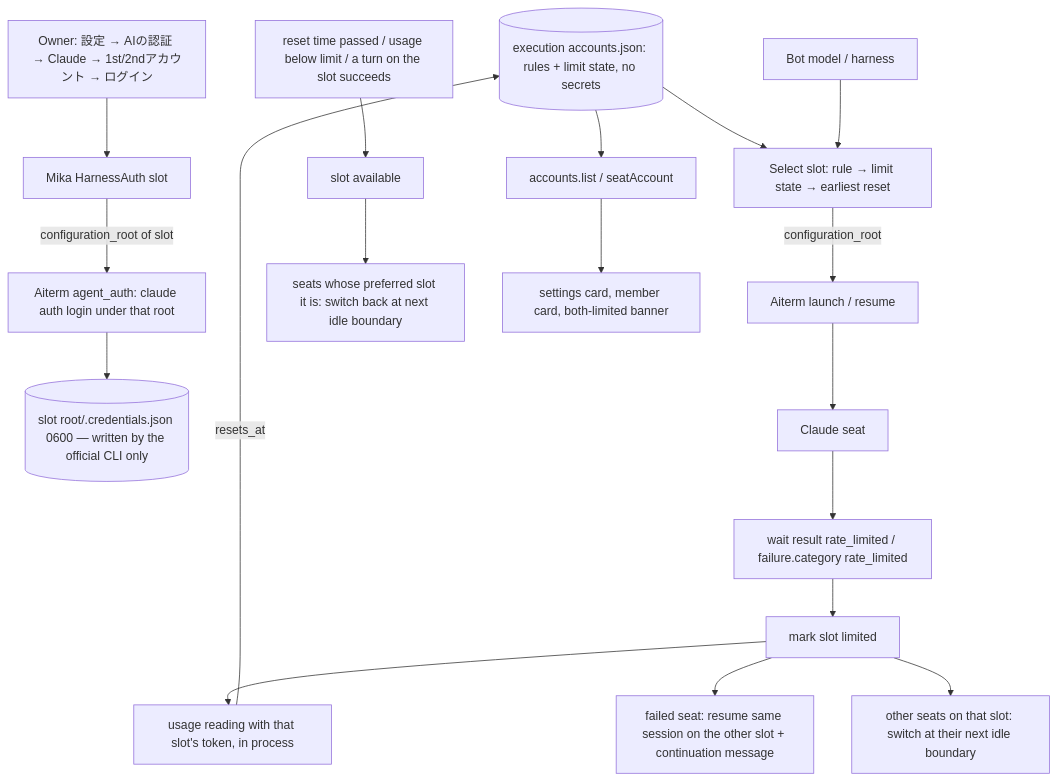
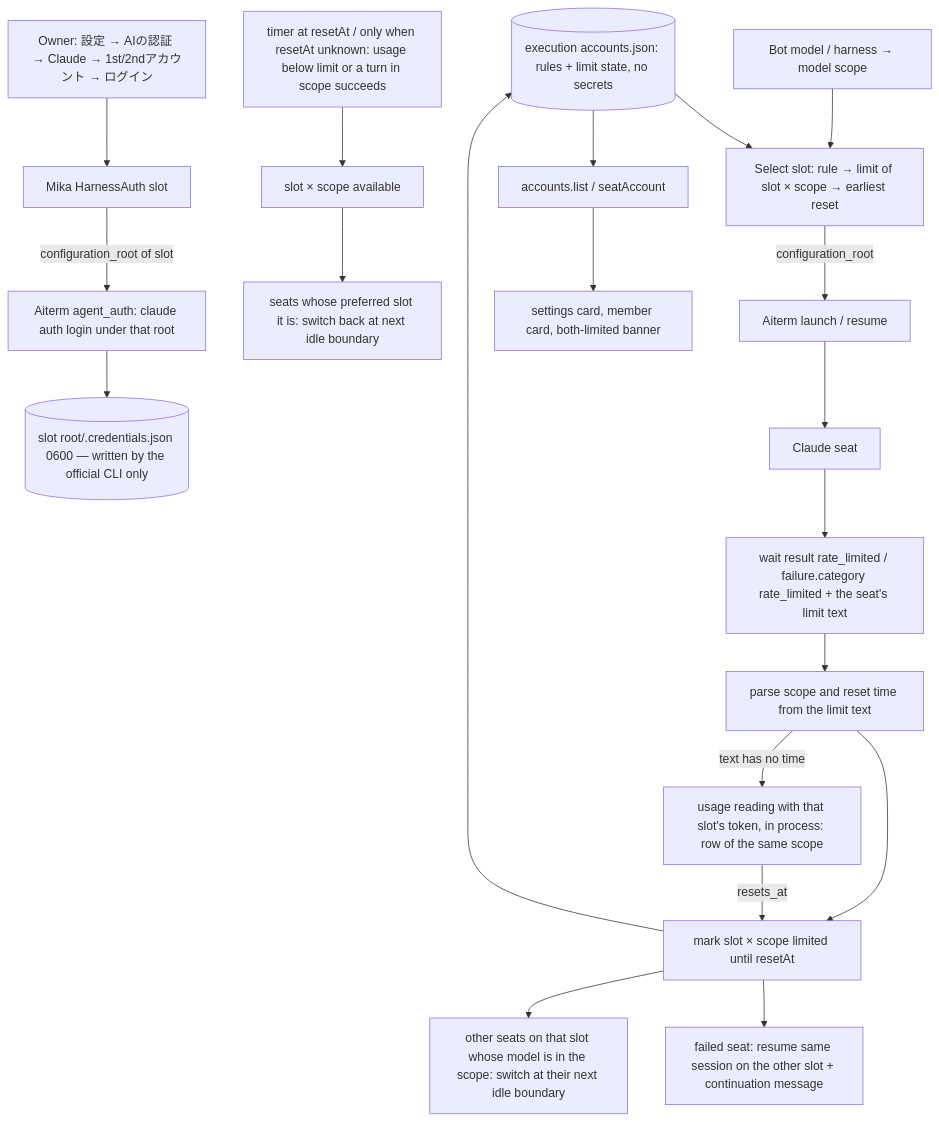
The diagram in docs/architecture/modules/execution/harness-accounts.md (kitepon/BellTeam), drawn with Mermaid before and after one commit. The commit also changed other lines of this file, not shown here.

First line of the commit message:
docs(execution): account limits per slot and model scope, reset time from the limit text

````diff
--- a/docs/architecture/modules/execution/harness-accounts.md
+++ b/docs/architecture/modules/execution/harness-accounts.md
@@ -26,19 +26,21 @@
 ```mermaid
 flowchart TD
   Owner[Owner: 設定 → AIの認証 → Claude → 1st/2ndアカウント → ログイン] --> Auth[Mika HarnessAuth slot]
   Auth -->|configuration_root of slot| AitermAuth[Aiterm agent_auth: claude auth login under that root]
   AitermAuth --> Cred[(slot root/.credentials.json 0600 — written by the official CLI only)]
   Registry[(execution accounts.json: rules + limit state, no secrets)] --> Select
-  Bot[Bot model / harness] --> Select[Select slot: rule → limit state → earliest reset]
+  Bot[Bot model / harness → model scope] --> Select[Select slot: rule → limit of slot × scope → earliest reset]
   Select -->|configuration_root| Launch[Aiterm launch / resume]
   Launch --> Seat[Claude seat]
-  Seat --> Wait[wait result rate_limited / failure.category rate_limited]
-  Wait --> Mark[mark slot limited]
-  Mark --> Usage[usage reading with that slot's token, in process]
-  Usage -->|resets_at| Registry
+  Seat --> Wait[wait result rate_limited / failure.category rate_limited + the seat's limit text]
+  Wait --> Parse[parse scope and reset time from the limit text]
+  Parse --> Mark[mark slot × scope limited until resetAt]
+  Parse -->|text has no time| Usage[usage reading with that slot's token, in process: row of the same scope]
+  Usage -->|resets_at| Mark
+  Mark --> Registry
   Mark --> Failover[failed seat: resume same session on the other slot + continuation message]
-  Mark --> Idle[other seats on that slot: switch at their next idle boundary]
-  Clock[reset time passed / usage below limit / a turn on the slot succeeds] --> Return[slot available]
+  Mark --> Idle[other seats on that slot whose model is in the scope: switch at their next idle boundary]
+  Clock[timer at resetAt / only when resetAt unknown: usage below limit or a turn in scope succeeds] --> Return[slot × scope available]
   Return --> Back[seats whose preferred slot it is: switch back at next idle boundary]
   Registry --> List[accounts.list / seatAccount] --> UI[settings card, member card, both-limited banner]
 ```
````
